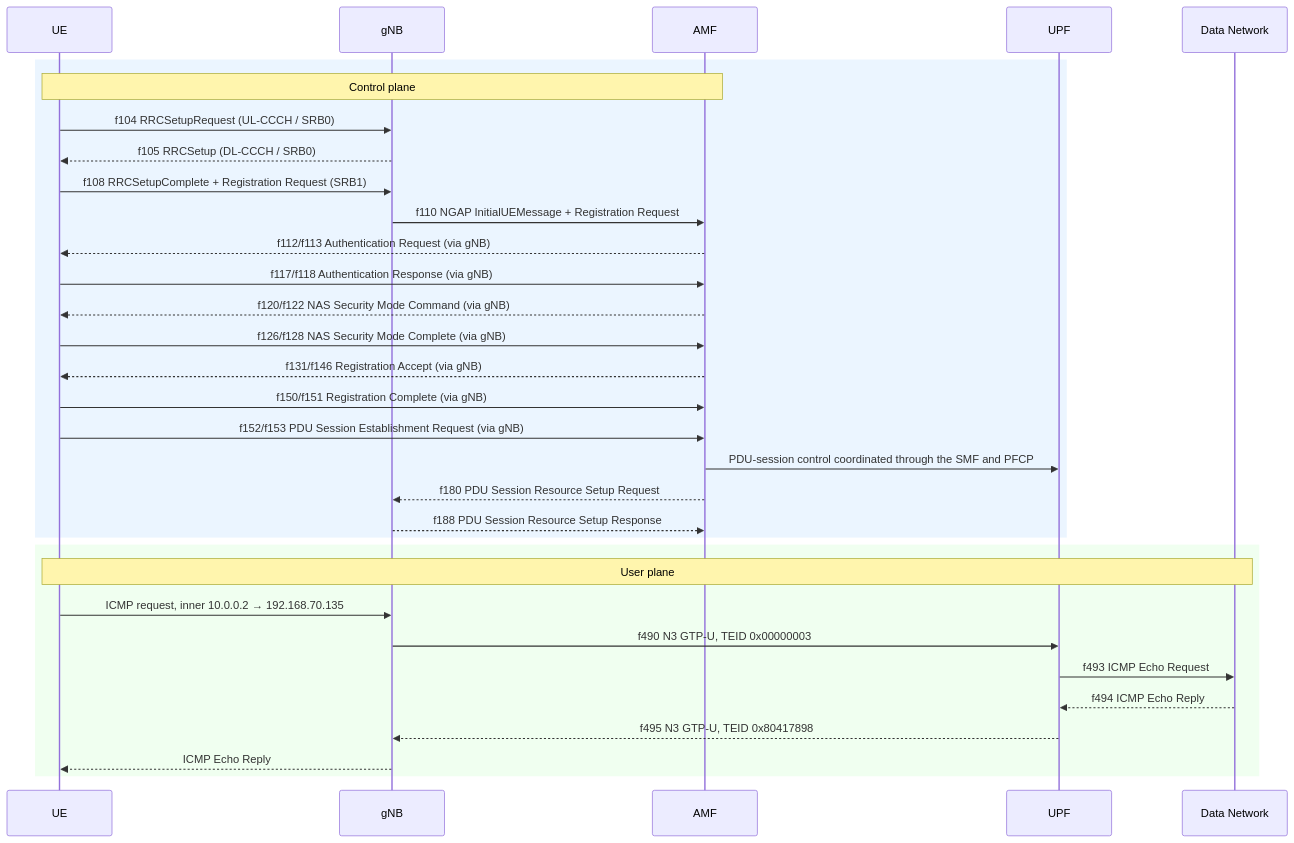
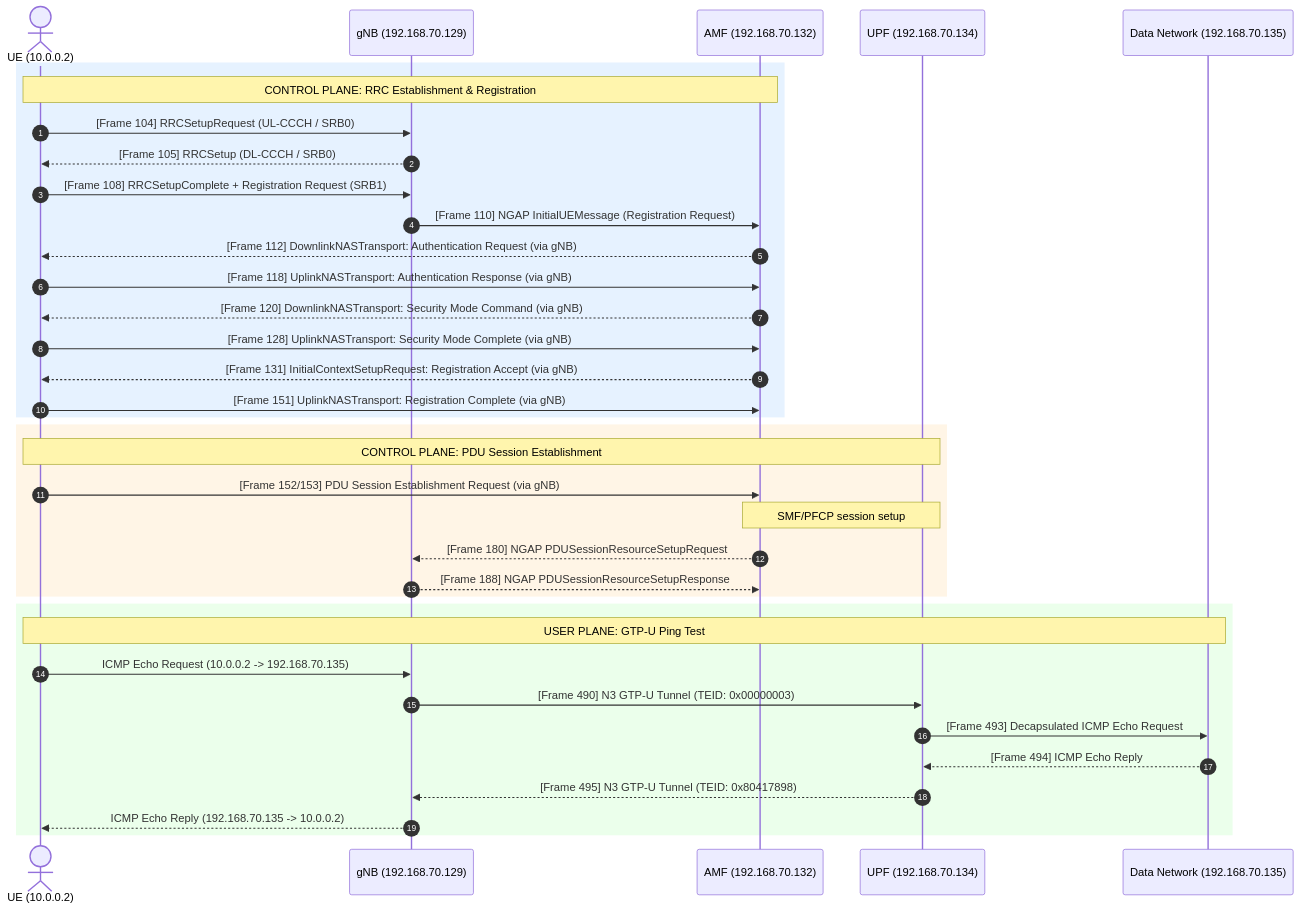
Before and after one commit to Ratatosk880/WC-2026-E11502008-LEDRAPPIER: the second of 2 diagrams in lab1/lab1.md, drawn with Mermaid. The commit also changed other lines of this file, not shown here.

First line of the commit message:
Enhance lab1.md with sequence diagram and cleanup

````diff
--- a/lab1/lab1.md
+++ b/lab1/lab1.md
@@ -554,36 +393,44 @@
 ```mermaid
 sequenceDiagram
-    participant UE
-    participant gNB
-    participant AMF
-    participant UPF
-    participant DN as Data Network
+    autonumber
+    actor UE as UE (10.0.0.2)
+    participant gNB as gNB (192.168.70.129)
+    participant AMF as AMF (192.168.70.132)
+    participant UPF as UPF (192.168.70.134)
+    participant DN as Data Network (192.168.70.135)
 
-    rect rgb(235,245,255)
-    Note over UE,AMF: Control plane
-    UE->>gNB: f104 RRCSetupRequest (UL-CCCH / SRB0)
-    gNB-->>UE: f105 RRCSetup (DL-CCCH / SRB0)
-    UE->>gNB: f108 RRCSetupComplete + Registration Request (SRB1)
-    gNB->>AMF: f110 NGAP InitialUEMessage + Registration Request
-    AMF-->>UE: f112/f113 Authentication Request (via gNB)
-    UE->>AMF: f117/f118 Authentication Response (via gNB)
-    AMF-->>UE: f120/f122 NAS Security Mode Command (via gNB)
-    UE->>AMF: f126/f128 NAS Security Mode Complete (via gNB)
-    AMF-->>UE: f131/f146 Registration Accept (via gNB)
-    UE->>AMF: f150/f151 Registration Complete (via gNB)
-    UE->>AMF: f152/f153 PDU Session Establishment Request (via gNB)
-    AMF->>UPF: PDU-session control coordinated through the SMF and PFCP
-    AMF-->>gNB: f180 PDU Session Resource Setup Request
-    gNB-->>AMF: f188 PDU Session Resource Setup Response
+    rect rgb(230, 242, 255)
+    Note over UE, AMF: CONTROL PLANE: RRC Establishment & Registration
+    UE->>gNB: [Frame 104] RRCSetupRequest (UL-CCCH / SRB0)
+    gNB-->>UE: [Frame 105] RRCSetup (DL-CCCH / SRB0)
+    UE->>gNB: [Frame 108] RRCSetupComplete + Registration Request (SRB1)
+    gNB->>AMF: [Frame 110] NGAP InitialUEMessage (Registration Request)
+    
+    AMF-->>UE: [Frame 112] DownlinkNASTransport: Authentication Request (via gNB)
+    UE->>AMF: [Frame 118] UplinkNASTransport: Authentication Response (via gNB)
+    
+    AMF-->>UE: [Frame 120] DownlinkNASTransport: Security Mode Command (via gNB)
+    UE->>AMF: [Frame 128] UplinkNASTransport: Security Mode Complete (via gNB)
+    
+    AMF-->>UE: [Frame 131] InitialContextSetupRequest: Registration Accept (via gNB)
+    UE->>AMF: [Frame 151] UplinkNASTransport: Registration Complete (via gNB)
     end
 
-    rect rgb(240,255,240)
-    Note over UE,DN: User plane
-    UE->>gNB: ICMP request, inner 10.0.0.2 → 192.168.70.135
-    gNB->>UPF: f490 N3 GTP-U, TEID 0x00000003
-    UPF->>DN: f493 ICMP Echo Request
-    DN-->>UPF: f494 ICMP Echo Reply
-    UPF-->>gNB: f495 N3 GTP-U, TEID 0x80417898
-    gNB-->>UE: ICMP Echo Reply
+    rect rgb(255, 245, 230)
+    Note over UE, UPF: CONTROL PLANE: PDU Session Establishment
+    UE->>AMF: [Frame 152/153] PDU Session Establishment Request (via gNB)
+    Note over AMF, UPF: SMF/PFCP session setup
+    AMF-->>gNB: [Frame 180] NGAP PDUSessionResourceSetupRequest
+    gNB-->>AMF: [Frame 188] NGAP PDUSessionResourceSetupResponse
+    end
+
+    rect rgb(235, 255, 235)
+    Note over UE, DN: USER PLANE: GTP-U Ping Test
+    UE->>gNB: ICMP Echo Request (10.0.0.2 -> 192.168.70.135)
+    gNB->>UPF: [Frame 490] N3 GTP-U Tunnel (TEID: 0x00000003)
+    UPF->>DN: [Frame 493] Decapsulated ICMP Echo Request
+    DN-->>UPF: [Frame 494] ICMP Echo Reply
+    UPF-->>gNB: [Frame 495] N3 GTP-U Tunnel (TEID: 0x80417898)
+    gNB-->>UE: ICMP Echo Reply (192.168.70.135 -> 10.0.0.2)
     end
 ```
````
